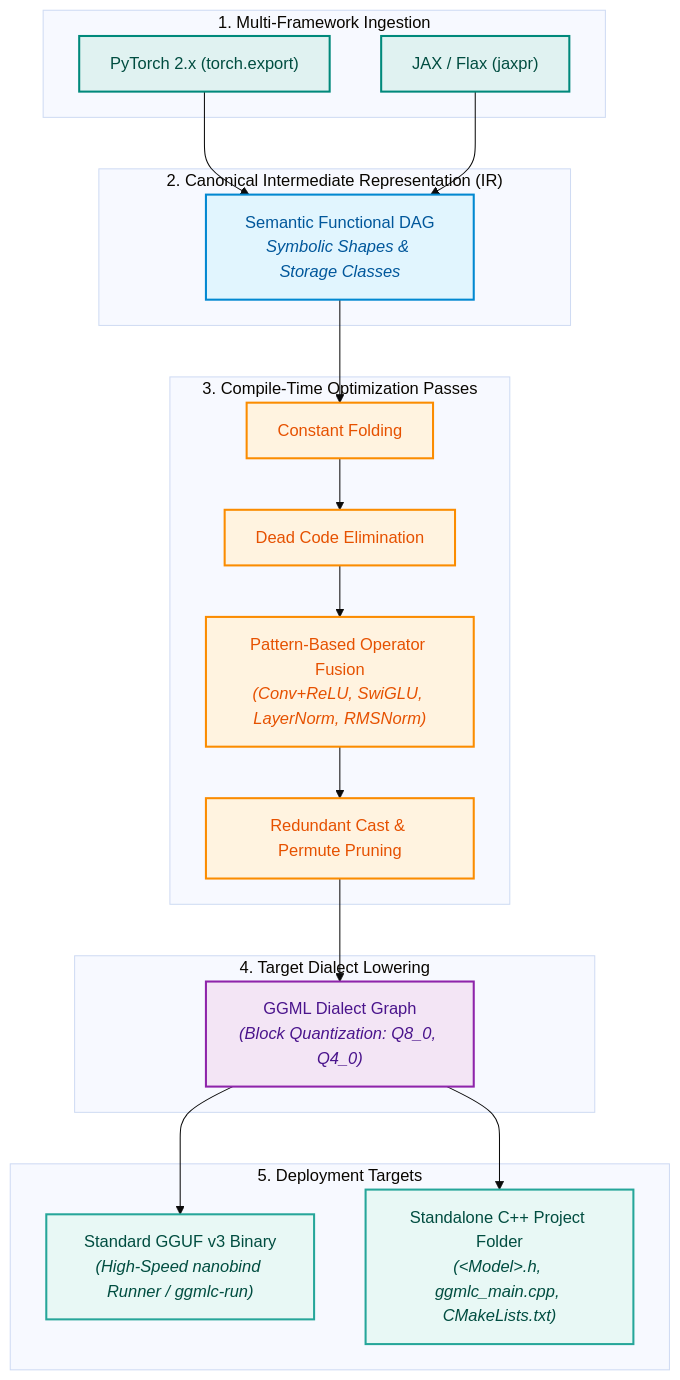
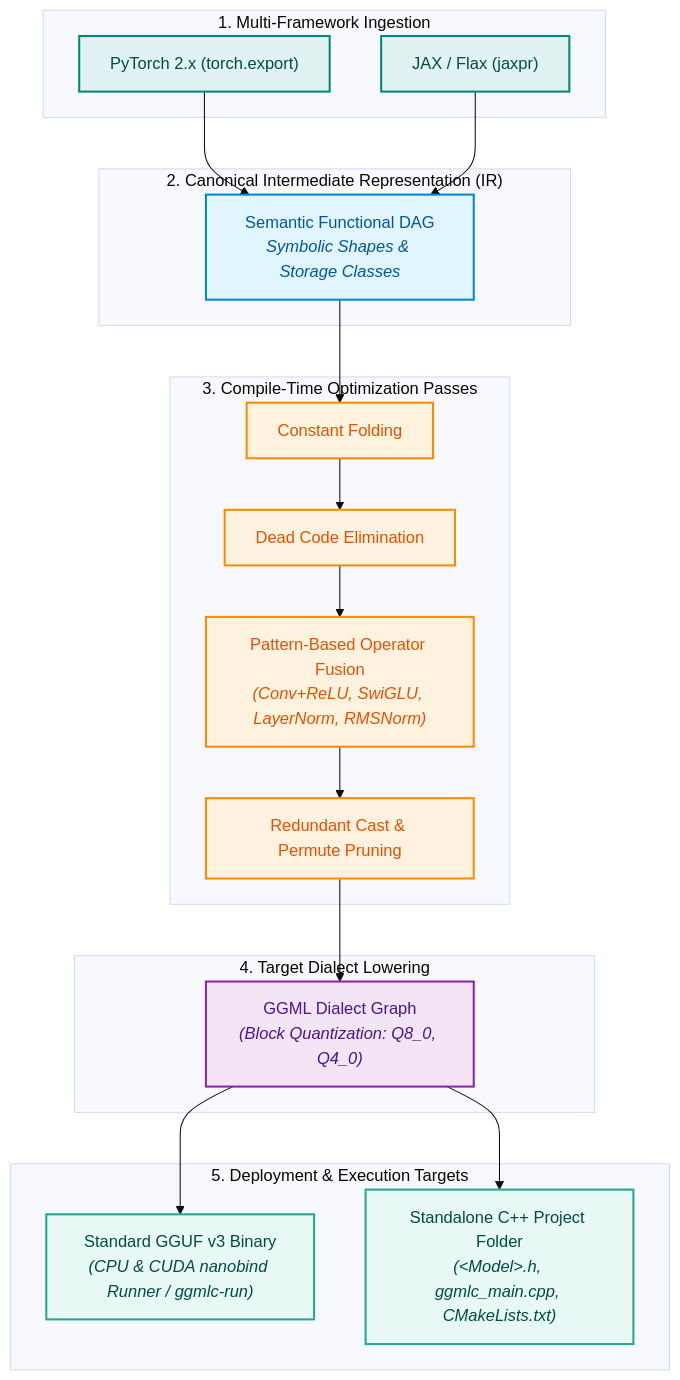
One commit to monatis/ggmlc changed the diagram in README.md. Above: the diagram before and after it, drawn with Mermaid (base theme). The commit also changed other lines of this file and 7 other files, not shown here.

````diff
--- a/README.md
+++ b/README.md
@@ -34,46 +36,46 @@
 ```mermaid
 graph TD
     subgraph Frontends["1. Multi-Framework Ingestion"]
         PT["PyTorch 2.x (torch.export)"]
         JX["JAX / Flax (jaxpr)"]
     end
 
     subgraph IR["2. Canonical Intermediate Representation (IR)"]
         DAG["Semantic Functional DAG<br/><i>Symbolic Shapes & Storage Classes</i>"]
     end
 
     subgraph Passes["3. Compile-Time Optimization Passes"]
         CF["Constant Folding"]
         DCE["Dead Code Elimination"]
         FUS["Pattern-Based Operator Fusion<br/><i>(Conv+ReLU, SwiGLU, LayerNorm, RMSNorm)</i>"]
         PRN["Redundant Cast & Permute Pruning"]
     end
 
     subgraph Lowering["4. Target Dialect Lowering"]
         GGML["GGML Dialect Graph<br/><i>(Block Quantization: Q8_0, Q4_0)</i>"]
     end
 
-    subgraph Outputs["5. Deployment Targets"]
-        GGUF["Standard GGUF v3 Binary<br/><i>(High-Speed nanobind Runner / ggmlc-run)</i>"]
+    subgraph Outputs["5. Deployment & Execution Targets"]
+        GGUF["Standard GGUF v3 Binary<br/><i>(CPU &amp; CUDA nanobind Runner / ggmlc-run)</i>"]
         CPP["Standalone C++ Project Folder<br/><i>(&lt;Model&gt;.h, ggmlc_main.cpp, CMakeLists.txt)</i>"]
     end
 
     PT --> DAG
     JX --> DAG
     DAG --> CF --> DCE --> FUS --> PRN
     PRN --> GGML
     GGML --> GGUF
     GGML --> CPP
 
     classDef frontend fill:#e0f2f1,stroke:#00897b,stroke-width:2px,color:#004d40;
     classDef ir fill:#e1f5fe,stroke:#0288d1,stroke-width:2px,color:#01579b;
     classDef passes fill:#fff3e0,stroke:#fb8c00,stroke-width:2px,color:#e65100;
     classDef target fill:#f3e5f5,stroke:#8e24aa,stroke-width:2px,color:#4a148c;
     classDef deploy fill:#e8f8f5,stroke:#26a69a,stroke-width:2px,color:#004d40;
 
     class PT,JX frontend;
     class DAG ir;
     class CF,DCE,FUS,PRN passes;
     class GGML target;
     class GGUF,CPP deploy;
 ```
````
